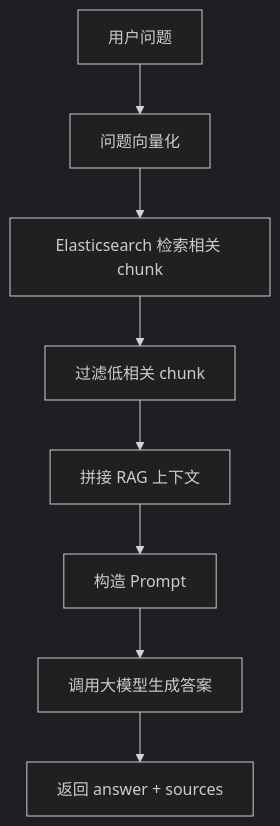
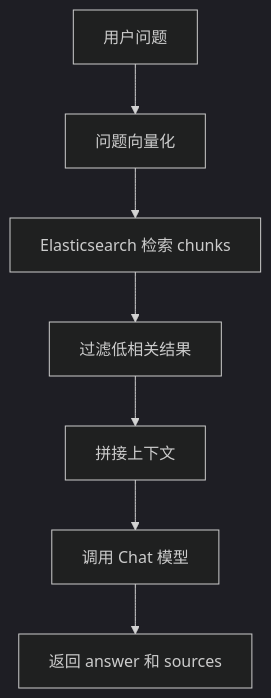
The second of 2 diagrams in docs/architecture.md (hf007019-lgtm/rag-builder), drawn with Mermaid (dark theme) before and after one commit. The commit also changed other lines of this file and 5 other files, not shown here.

````diff
--- a/docs/architecture.md
+++ b/docs/architecture.md
@@ -385,10 +116,9 @@
 ```mermaid
 flowchart TD
-    UserQuestion[用户问题] --> EmbedQuestion[问题向量化]
-    EmbedQuestion --> SearchES[Elasticsearch 检索相关 chunk]
-    SearchES --> Filter[过滤低相关 chunk]
-    Filter --> Context[拼接 RAG 上下文]
-    Context --> Prompt[构造 Prompt]
-    Prompt --> LLM[调用大模型生成答案]
-    LLM --> Response[返回 answer + sources]
+    Q[用户问题] --> Embed[问题向量化]
+    Embed --> ES[Elasticsearch 检索 chunks]
+    ES --> Filter[过滤低相关结果]
+    Filter --> Context[拼接上下文]
+    Context --> LLM[调用 Chat 模型]
+    LLM --> Resp[返回 answer 和 sources]
 ```
````
